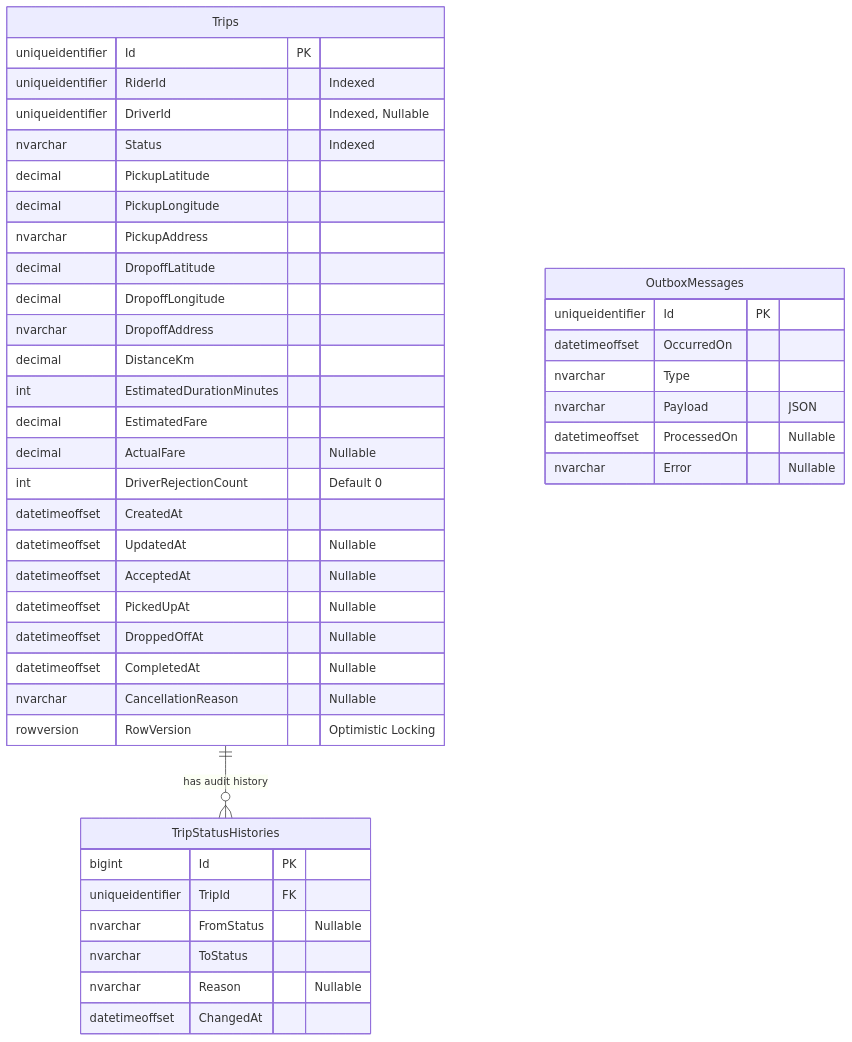
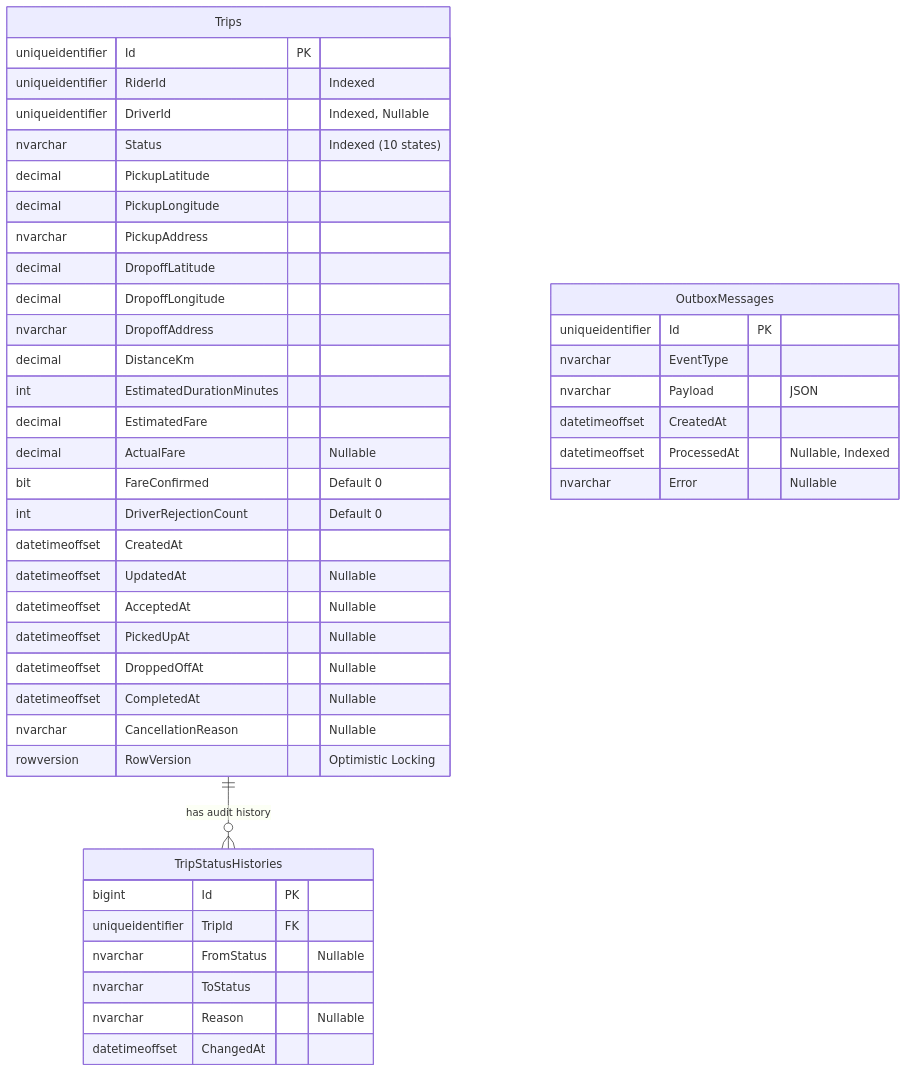
The second of 3 diagrams in docs/DATABASE_DESIGN.md (phwkha/SwiftRide), drawn with Mermaid before and after one commit. The commit also changed other lines of this file and 4 other files, not shown here.

Commit message:
Add functional decomposition and detailed sequence diagrams for SwiftRide system

````diff
--- a/docs/DATABASE_DESIGN.md
+++ b/docs/DATABASE_DESIGN.md
@@ -57,47 +91,48 @@
 ```mermaid
 erDiagram
     Trips ||--o{ TripStatusHistories : "has audit history"
     Trips {
         uniqueidentifier Id PK
         uniqueidentifier RiderId "Indexed"
         uniqueidentifier DriverId "Indexed, Nullable"
-        nvarchar Status "Indexed"
+        nvarchar Status "Indexed (10 states)"
         decimal PickupLatitude
         decimal PickupLongitude
         nvarchar PickupAddress
         decimal DropoffLatitude
         decimal DropoffLongitude
         nvarchar DropoffAddress
         decimal DistanceKm
         int EstimatedDurationMinutes
         decimal EstimatedFare
         decimal ActualFare "Nullable"
+        bit FareConfirmed "Default 0"
         int DriverRejectionCount "Default 0"
         datetimeoffset CreatedAt
         datetimeoffset UpdatedAt "Nullable"
         datetimeoffset AcceptedAt "Nullable"
         datetimeoffset PickedUpAt "Nullable"
         datetimeoffset DroppedOffAt "Nullable"
         datetimeoffset CompletedAt "Nullable"
         nvarchar CancellationReason "Nullable"
         rowversion RowVersion "Optimistic Locking"
     }
 
     TripStatusHistories {
         bigint Id PK
         uniqueidentifier TripId FK
         nvarchar FromStatus "Nullable"
         nvarchar ToStatus
         nvarchar Reason "Nullable"
         datetimeoffset ChangedAt
     }
 
     OutboxMessages {
         uniqueidentifier Id PK
-        datetimeoffset OccurredOn
-        nvarchar Type
+        nvarchar EventType
         nvarchar Payload "JSON"
-        datetimeoffset ProcessedOn "Nullable"
+        datetimeoffset CreatedAt
+        datetimeoffset ProcessedAt "Nullable, Indexed"
         nvarchar Error "Nullable"
     }
 ```
````
